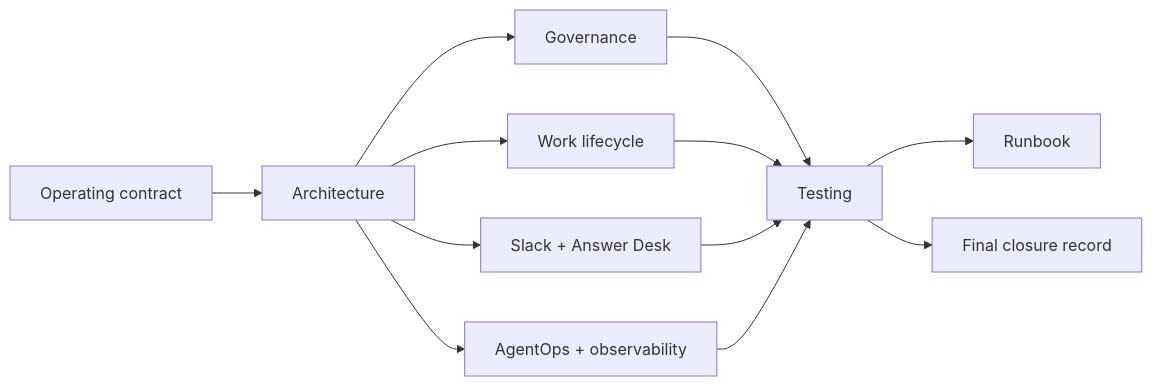
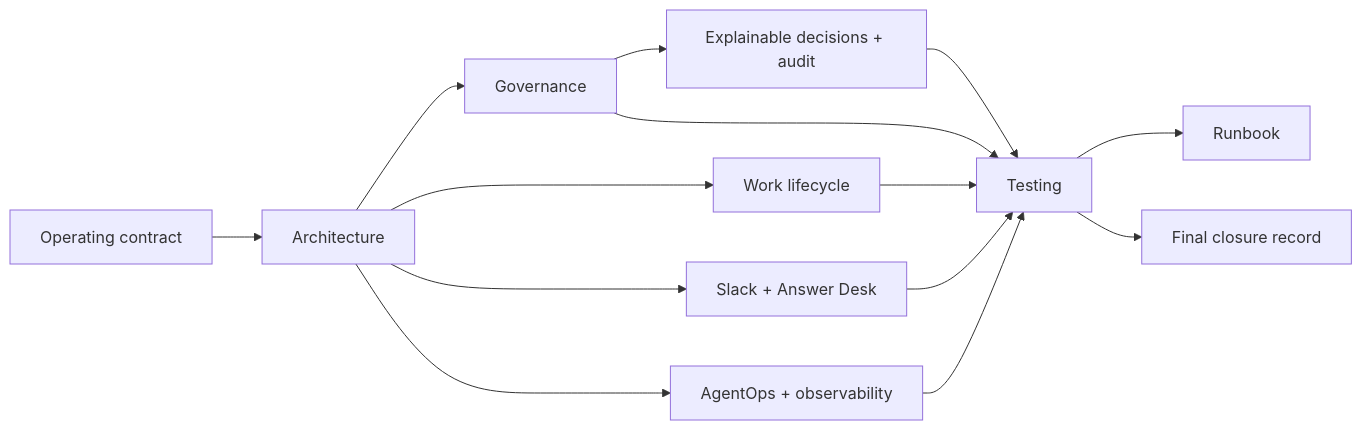
One commit to mkleinbe/mesh-ai-agent-cos-universe changed the diagram in docs/README.md. Above: the diagram before and after it, drawn with Mermaid. The commit also changed other lines of this file, not shown here.

Commit message:
docs: index explainable decisions and audit governance

````diff
--- a/docs/README.md
+++ b/docs/README.md
@@ -5,14 +5,16 @@
 ```mermaid
 flowchart LR
     C[Operating contract] --> A[Architecture]
     A --> G[Governance]
     A --> W[Work lifecycle]
     A --> S[Slack + Answer Desk]
     A --> O[AgentOps + observability]
+    G --> X[Explainable decisions + audit]
     G --> T[Testing]
     W --> T
     S --> T
     O --> T
+    X --> T
     T --> R[Runbook]
     T --> FC[Final closure record]
 ```
````
